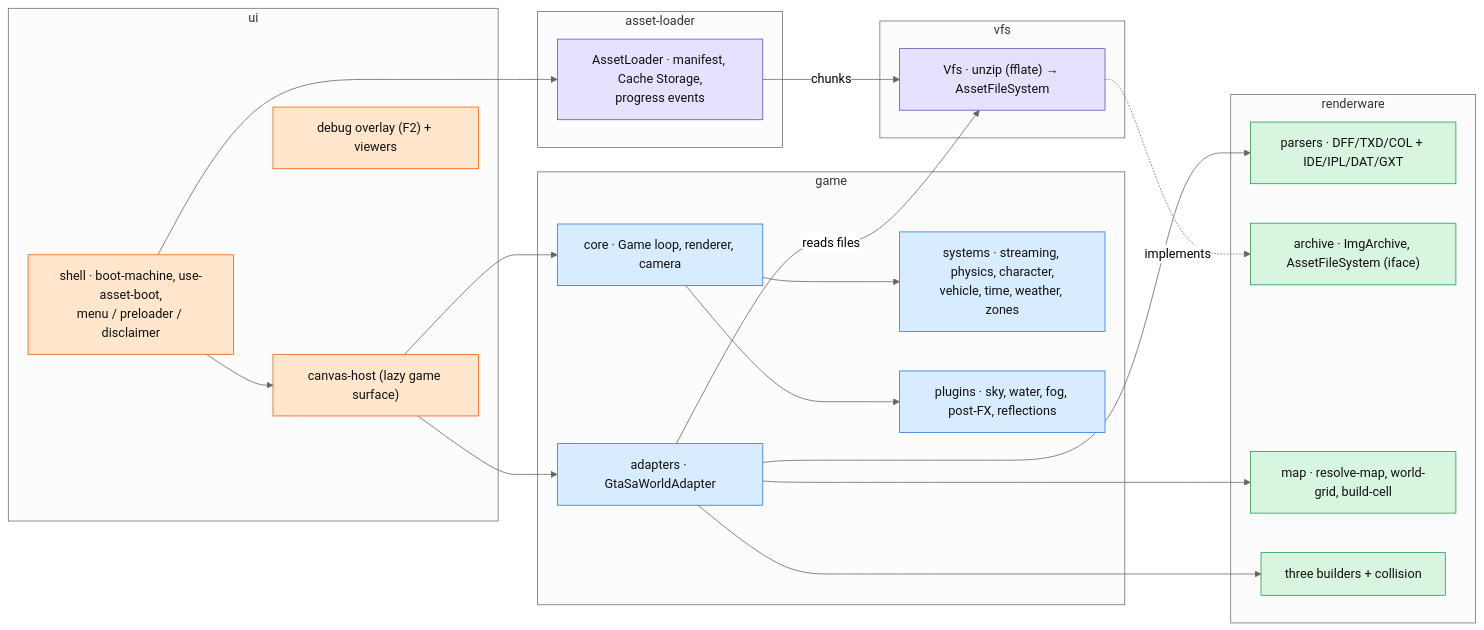
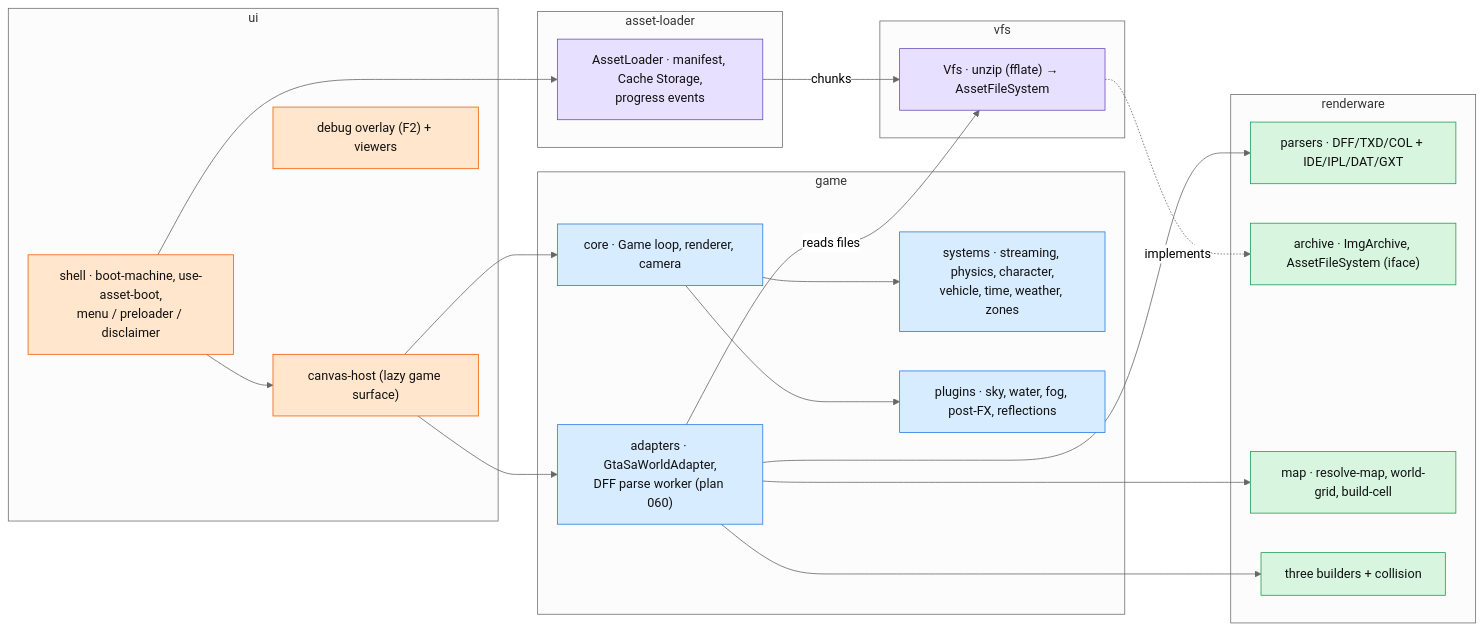
One commit to sexorcist00/opensa changed the second of 4 diagrams in docs/architecture.md. Above: the diagram before and after it, drawn with Mermaid (neutral theme). The commit also changed 3 other files, not shown here.

````diff
--- a/docs/architecture.md
+++ b/docs/architecture.md
@@ -72,48 +72,48 @@
 ```mermaid
 flowchart LR
   subgraph UI["ui"]
     shell["shell&nbsp;&middot; boot-machine, use-asset-boot,<br/>menu / preloader / disclaimer"]:::ui
     canvas["canvas-host&nbsp;(lazy game surface)"]:::ui
     debug["debug overlay (F2) + viewers"]:::ui
   end
 
   subgraph LOADER["asset-loader"]
     al["AssetLoader&nbsp;&middot; manifest, Cache Storage,<br/>progress events"]:::infra
   end
 
   subgraph VFS["vfs"]
     v["Vfs&nbsp;&middot; unzip (fflate) → AssetFileSystem"]:::infra
   end
 
   subgraph GAME["game"]
     core["core&nbsp;&middot; Game loop, renderer, camera"]:::engine
     sys["systems&nbsp;&middot; streaming, physics, character,<br/>vehicle, time, weather, zones"]:::engine
     plug["plugins&nbsp;&middot; sky, water, fog, post-FX, reflections"]:::engine
-    adp["adapters&nbsp;&middot; GtaSaWorldAdapter"]:::engine
+    adp["adapters&nbsp;&middot; GtaSaWorldAdapter,<br/>DFF parse worker (plan 060)"]:::engine
   end
 
   subgraph RW["renderware"]
     par["parsers&nbsp;&middot; DFF/TXD/COL + IDE/IPL/DAT/GXT"]:::lib
     arc["archive&nbsp;&middot; ImgArchive, AssetFileSystem (iface)"]:::lib
     mp["map&nbsp;&middot; resolve-map, world-grid, build-cell"]:::lib
     th["three builders + collision"]:::lib
   end
 
   shell --> al
   shell --> canvas
   al -->|chunks| v
   canvas --> core
   canvas --> adp
   core --> sys
   core --> plug
   adp --> par
   adp --> mp
   adp --> th
   adp -->|reads files| v
   v -. implements .-> arc
 
   classDef ui fill:#ffe6cc,stroke:#f55c07,color:#111
   classDef infra fill:#e8e0ff,stroke:#6b4fbb,color:#111
   classDef engine fill:#d8ecff,stroke:#2a7ae2,color:#111
   classDef lib fill:#d8f5e0,stroke:#1f9d55,color:#111
 ```
````
